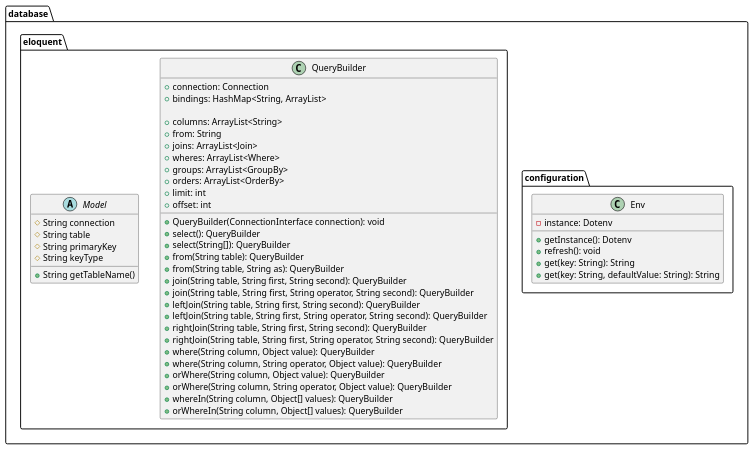
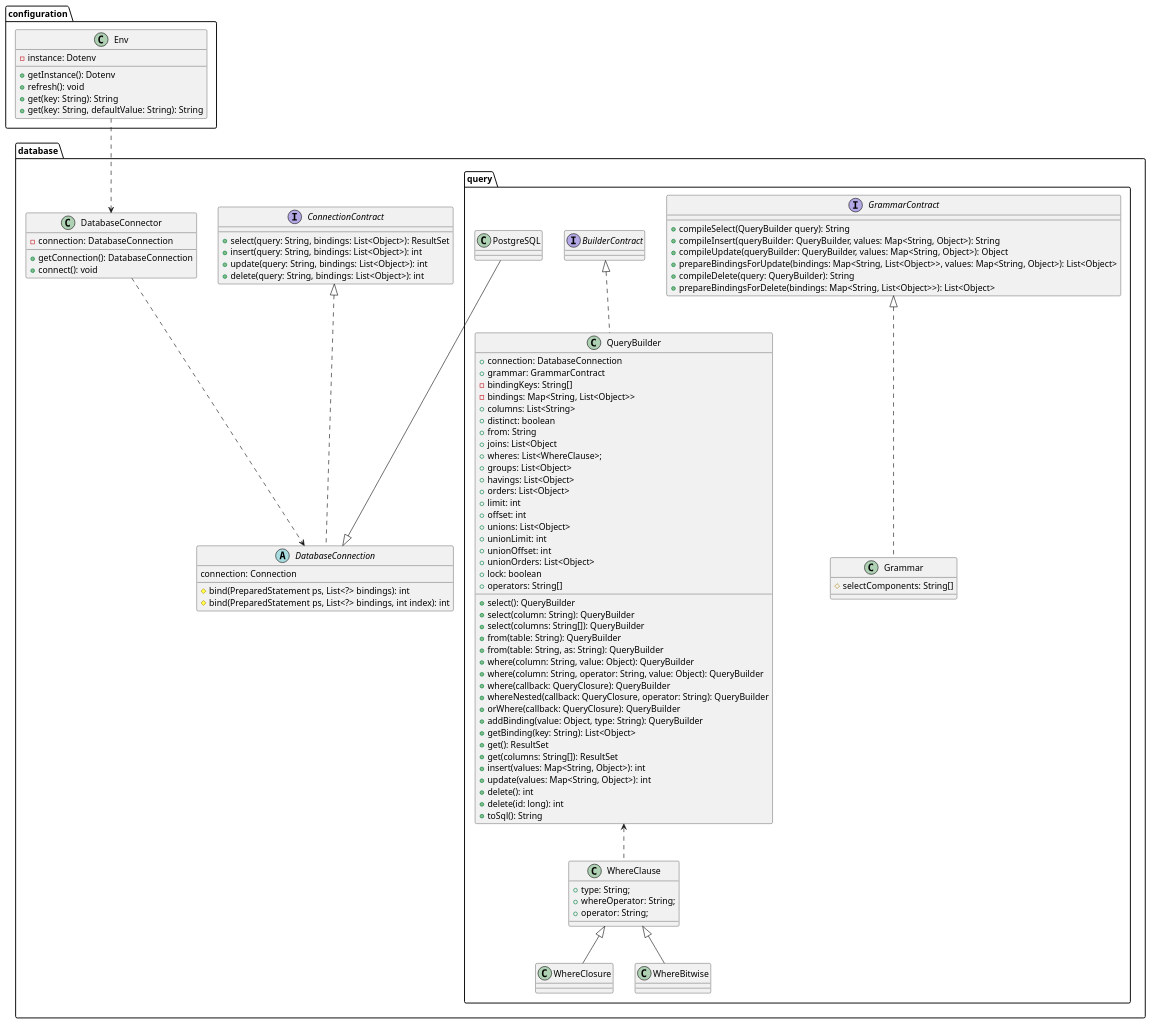
One commit to LucasAndrin/JavaQueryBuilder changed the diagram in FinalProjectUML.puml. Above: the diagram before and after it, drawn with PlantUML. The commit also changed 4 other files, not shown here.

Commit message:
refactor: UML Diagram + fix: Liskov

```diff
--- a/FinalProjectUML.puml
+++ b/FinalProjectUML.puml
@@ -1,58 +1,124 @@
 @startuml
 'https://plantuml.com/class-diagram
+package configuration {
+    class Env {
+        - instance: Dotenv
+        + getInstance(): Dotenv
+        + refresh(): void
+        + get(key: String): String
+        + get(key: String, defaultValue: String): String
+    }
+}
+
 package database {
-    package configuration {
-        class Env {
-            - instance: Dotenv
-            + getInstance(): Dotenv
-            + refresh(): void
-            + get(key: String): String
-            + get(key: String, defaultValue: String): String
+    package query {
+        class PostgreSQL {
+
+        }
+
+        class Grammar {
+            # selectComponents: String[]
+        }
+
+        interface GrammarContract {
+            + compileSelect(QueryBuilder query): String
+            + compileInsert(queryBuilder: QueryBuilder, values: Map<String, Object>): String
+            + compileUpdate(queryBuilder: QueryBuilder, values: Map<String, Object>): Object
+            + prepareBindingsForUpdate(bindings: Map<String, List<Object>>, values: Map<String, Object>): List<Object>
+            + compileDelete(query: QueryBuilder): String
+            + prepareBindingsForDelete(bindings: Map<String, List<Object>>): List<Object>
+        }
+
+        class WhereClause {
+            + type: String;
+            + whereOperator: String;
+            + operator: String;
+        }
+
+        class WhereClosure {
+        }
+
+        class WhereBitwise {
+        }
+
+        interface BuilderContract {
+
+        }
+
+        class QueryBuilder {
+            + connection: DatabaseConnection
+            + grammar: GrammarContract
+            - bindingKeys: String[]
+            - bindings: Map<String, List<Object>>
+            + columns: List<String>
+            + distinct: boolean
+            + from: String
+            + joins: List<Object
+            + wheres: List<WhereClause>;
+            + groups: List<Object>
+            + havings: List<Object>
+            + orders: List<Object>
+            + limit: int
+            + offset: int
+            + unions: List<Object>
+            + unionLimit: int
+            + unionOffset: int
+            + unionOrders: List<Object>
+            + lock: boolean
+            + operators: String[]
+
+            + select(): QueryBuilder
+            + select(column: String): QueryBuilder
+            + select(columns: String[]): QueryBuilder
+            + from(table: String): QueryBuilder
+            + from(table: String, as: String): QueryBuilder
+            + where(column: String, value: Object): QueryBuilder
+            + where(column: String, operator: String, value: Object): QueryBuilder
+            + where(callback: QueryClosure): QueryBuilder
+            + whereNested(callback: QueryClosure, operator: String): QueryBuilder
+            + orWhere(callback: QueryClosure): QueryBuilder
+            + addBinding(value: Object, type: String): QueryBuilder
+            + getBinding(key: String): List<Object>
+            + get(): ResultSet
+            + get(columns: String[]): ResultSet
+            + insert(values: Map<String, Object>): int
+            + update(values: Map<String, Object>): int
+            + delete(): int
+            + delete(id: long): int
+            + toSql(): String
         }
     }
 
-    package eloquent {
-        class QueryBuilder {
-            + connection: Connection
-            + bindings: HashMap<String, ArrayList>
+    interface ConnectionContract {
+        + select(query: String, bindings: List<Object>): ResultSet
+        + insert(query: String, bindings: List<Object>): int
+        + update(query: String, bindings: List<Object>): int
+        + delete(query: String, bindings: List<Object>): int
+    }
 
-            + columns: ArrayList<String>
-            + from: String
-            + joins: ArrayList<Join>
-            + wheres: ArrayList<Where>
-            + groups: ArrayList<GroupBy>
-            + orders: ArrayList<OrderBy>
-            + limit: int
-            + offset: int
+    abstract DatabaseConnection {
+        connection: Connection
+        # bind(PreparedStatement ps, List<?> bindings): int
+        # bind(PreparedStatement ps, List<?> bindings, int index): int
+    }
 
-            + QueryBuilder(ConnectionInterface connection): void
-            + select(): QueryBuilder
-            + select(String[]): QueryBuilder
-            + from(String table): QueryBuilder
-            + from(String table, String as): QueryBuilder
-            + join(String table, String first, String second): QueryBuilder
-            + join(String table, String first, String operator, String second): QueryBuilder
-            + leftJoin(String table, String first, String second): QueryBuilder
-            + leftJoin(String table, String first, String operator, String second): QueryBuilder
-            + rightJoin(String table, String first, String second): QueryBuilder
-            + rightJoin(String table, String first, String operator, String second): QueryBuilder
-            + where(String column, Object value): QueryBuilder
-            + where(String column, String operator, Object value): QueryBuilder
-            + orWhere(String column, Object value): QueryBuilder
-            + orWhere(String column, String operator, Object value): QueryBuilder
-            + whereIn(String column, Object[] values): QueryBuilder
-            + orWhereIn(String column, Object[] values): QueryBuilder
-        }
-
-        abstract class Model {
-            # String connection
-            # String table
-            # String primaryKey
-            # String keyType
-
-            + String getTableName()
-        }
+    class DatabaseConnector {
+        - connection: DatabaseConnection
+        + getConnection(): DatabaseConnection
+        + connect(): void
     }
 }
 
+GrammarContract <|.. Grammar
+
+WhereClause <|-- WhereClosure
+WhereClause <|-- WhereBitwise
+
+QueryBuilder <.. WhereClause
+BuilderContract <|.. QueryBuilder
+
+ConnectionContract <|.. DatabaseConnection
+PostgreSQL --|> DatabaseConnection
+DatabaseConnector ..> DatabaseConnection
+Env ..> DatabaseConnector
 @enduml
```
